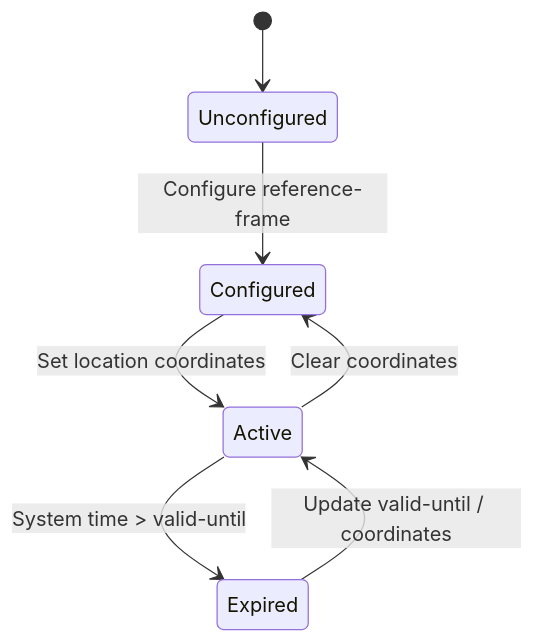
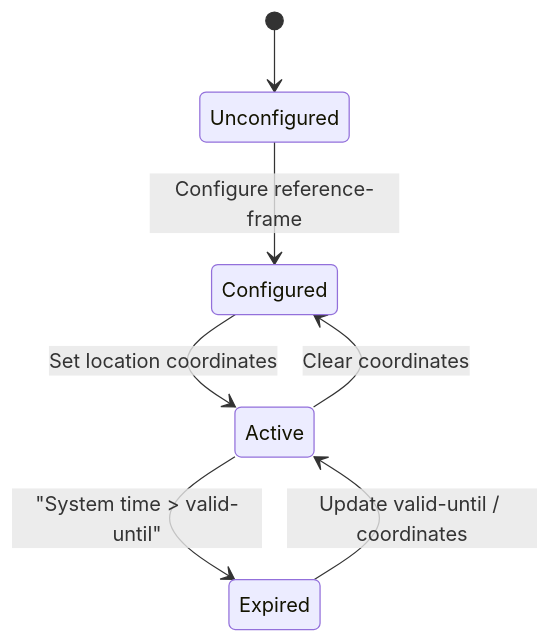
One commit to gintatkinson/digital-pipeline-repo changed the second of 2 diagrams in docs/designs/feat-epic-template-mandate-plan.md. Above: the diagram before and after it, drawn with Mermaid. The commit also changed 11 other files, not shown here.

````diff
--- a/docs/designs/feat-epic-template-mandate-plan.md
+++ b/docs/designs/feat-epic-template-mandate-plan.md
@@ -69,9 +69,9 @@
    ```mermaid
    stateDiagram-v2
        [*] --> Unconfigured
        Unconfigured --> Configured : Configure reference-frame
        Configured --> Active : Set location coordinates
-       Active --> Expired : System time > valid-until
+        Active --> Expired : "System time > valid-until"
        Active --> Configured : Clear coordinates
        Expired --> Active : Update valid-until / coordinates
    ```
````
